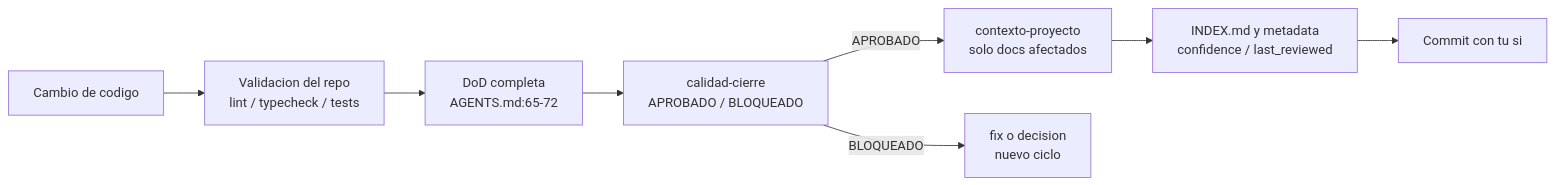
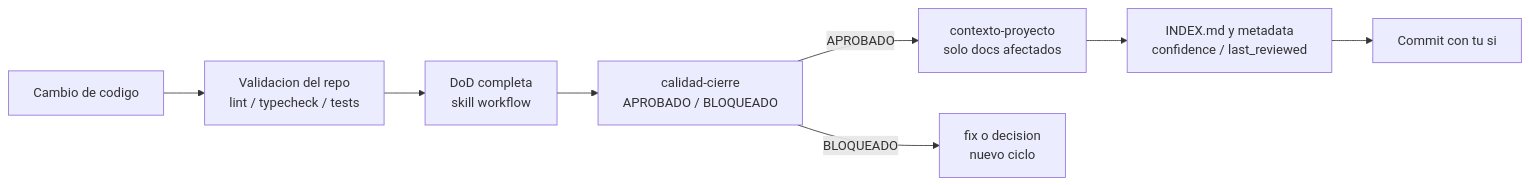
The seventh of 7 diagrams in .opencode/Logs/pipeline-ejecucion-tareas.md (darman-prog/HarnessConfig), drawn with Mermaid before and after one commit. The commit also changed other lines of this file and 2 other files, not shown here.

````diff
--- a/.opencode/Logs/pipeline-ejecucion-tareas.md
+++ b/.opencode/Logs/pipeline-ejecucion-tareas.md
@@ -194,10 +196,10 @@
 ```mermaid
 flowchart LR
     A["Cambio de codigo"] --> B["Validacion del repo<br/>lint / typecheck / tests"]
-    B --> C["DoD completa<br/>AGENTS.md:65-72"]
+    B --> C["DoD completa<br/>skill workflow"]
     C --> D["calidad-cierre<br/>APROBADO / BLOQUEADO"]
     D --> |"APROBADO"| E["contexto-proyecto<br/>solo docs afectados"]
     D --> |"BLOQUEADO"| F["fix o decision<br/>nuevo ciclo"]
     E --> G["INDEX.md y metadata<br/>confidence / last_reviewed"]
     G --> H["Commit con tu si"]
 ```
````
